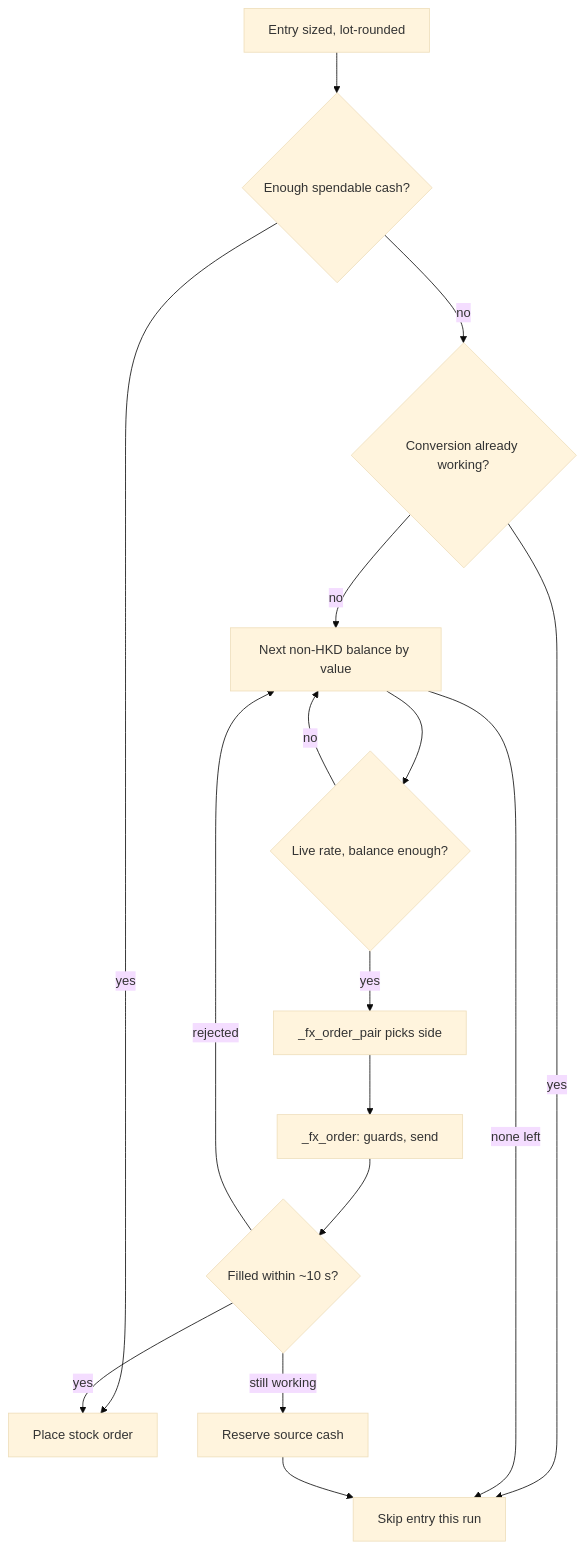
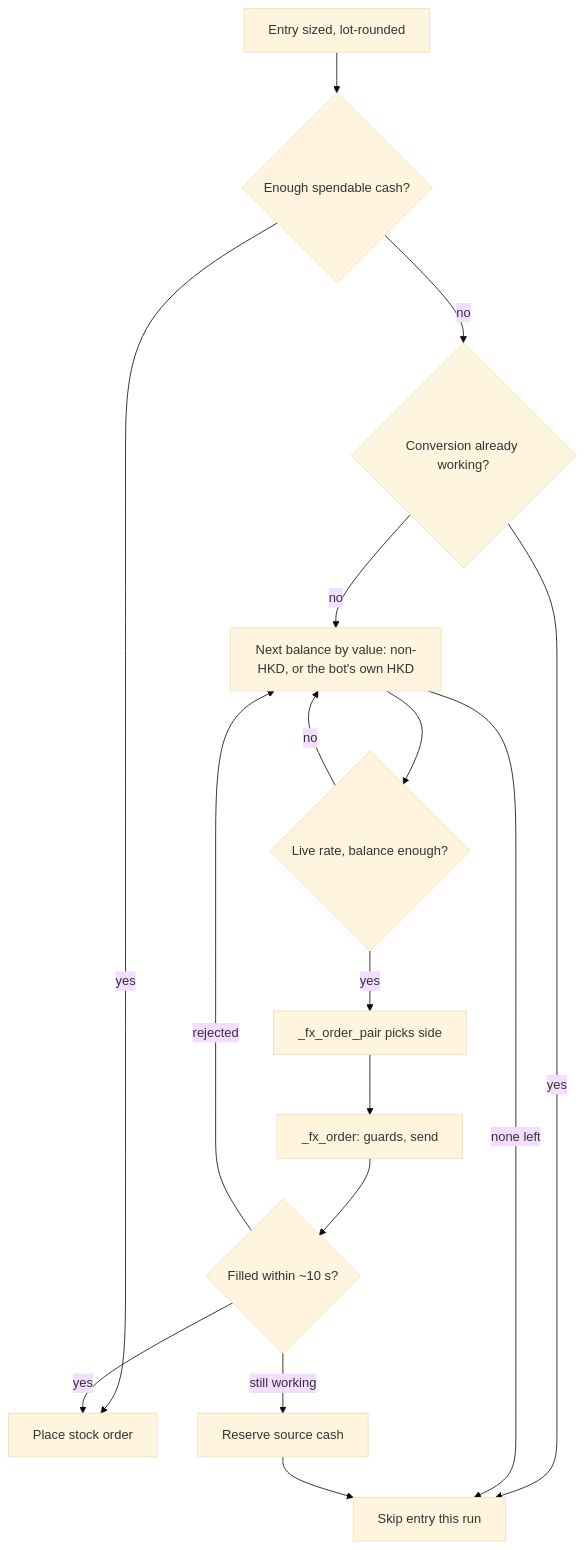
One commit to btctree/multi-product-signals changed the seventh of 20 diagrams in WIKI.md. Above: the diagram before and after it, drawn with Mermaid (base theme). The commit also changed other lines of this file and 2 other files, not shown here.

First line of the commit message:
docs: execution README and WIKI for the 2026-10-26 bot rules

````diff
--- a/WIKI.md
+++ b/WIKI.md
@@ -1138,18 +1174,18 @@
 ```mermaid
 flowchart TD
   A["Entry sized, lot-rounded"] --> B{"Enough spendable cash?"}
   B -->|yes| P["Place stock order"]
   B -->|no| C{"Conversion already working?"}
   C -->|yes| S["Skip entry this run"]
-  C -->|no| D["Next non-HKD balance by value"]
+  C -->|no| D["Next balance by value: non-HKD, or the bot's own HKD"]
   D -->|none left| S
   D --> E{"Live rate, balance enough?"}
   E -->|no| D
   E -->|yes| F["_fx_order_pair picks side"]
   F --> G["_fx_order: guards, send"]
   G --> H{"Filled within ~10 s?"}
   H -->|yes| P
   H -->|rejected| D
   H -->|still working| R["Reserve source cash"]
   R --> S
 ```
````
